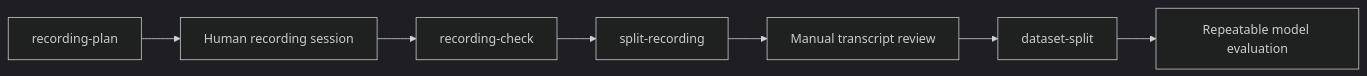
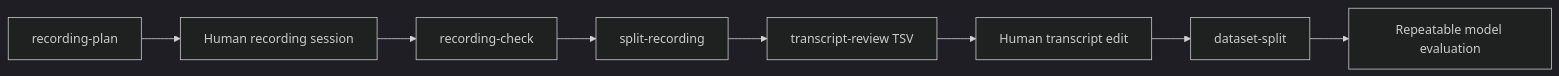
Before and after one commit to sinmb79/korean-voice-acting-engine: the diagram in docs/DATASET_PREP_WORKFLOW.md, drawn with Mermaid (dark theme). The commit also changed other lines of this file and 8 other files, not shown here.

Commit message:
Add transcript review workflow

````diff
--- a/docs/DATASET_PREP_WORKFLOW.md
+++ b/docs/DATASET_PREP_WORKFLOW.md
@@ -7,9 +7,10 @@
 ```mermaid
 flowchart LR
   A["recording-plan"] --> B["Human recording session"]
   B --> C["recording-check"]
   C --> D["split-recording"]
-  D --> E["Manual transcript review"]
-  E --> F["dataset-split"]
-  F --> G["Repeatable model evaluation"]
+  D --> E["transcript-review TSV"]
+  E --> F["Human transcript edit"]
+  F --> G["dataset-split"]
+  G --> H["Repeatable model evaluation"]
 ```
````
